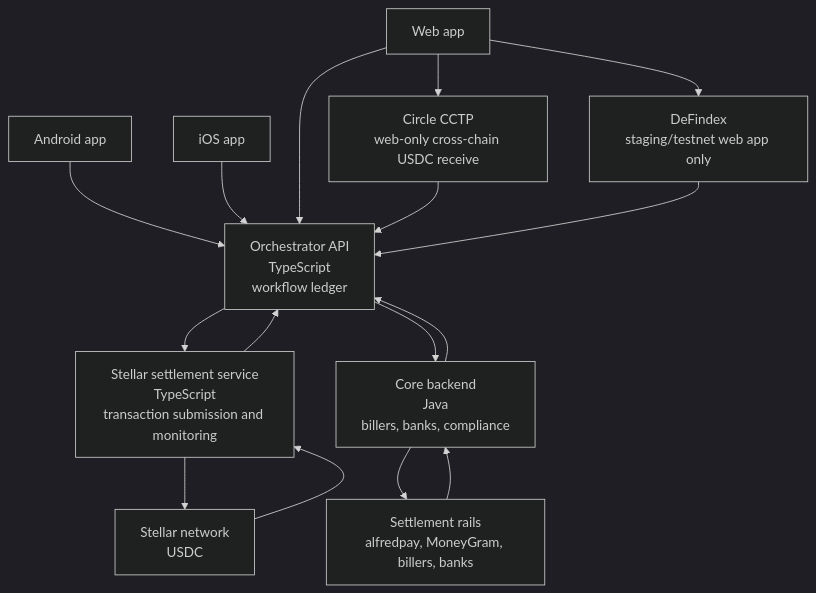
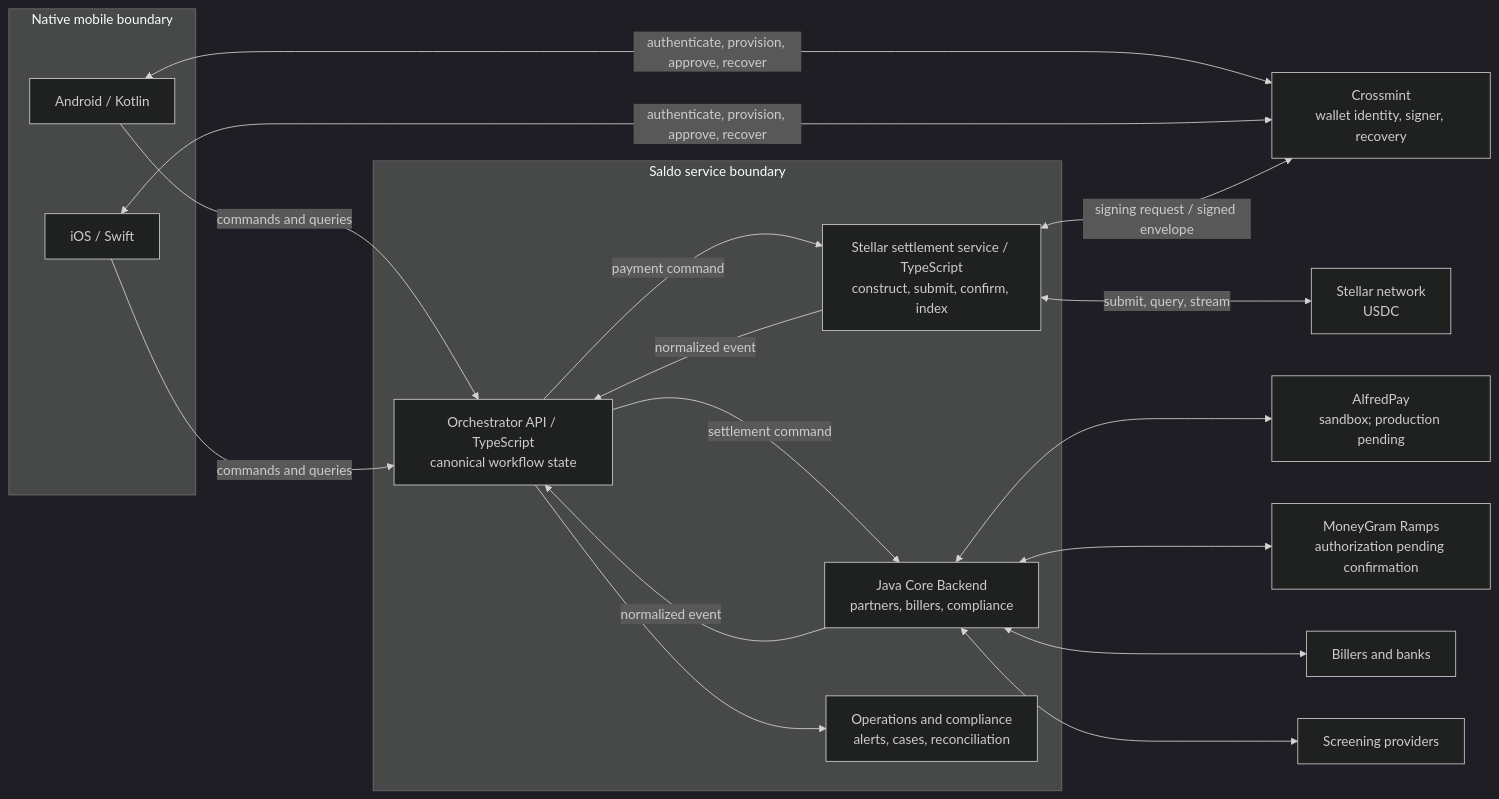
The diagram in docs/architecture.md (unfodl/saldo_architecture), drawn with Mermaid (dark theme) before and after one commit. The commit also changed other lines of this file and 16 other files, not shown here.

Commit message:
Update architecture for SCF 46 mobile integration

````diff
--- a/docs/architecture.md
+++ b/docs/architecture.md
@@ -7,30 +9,37 @@
 ```mermaid
-flowchart TD
-    android[Android app]
-    ios[iOS app]
-    web[Web app]
+flowchart LR
+    subgraph Client[Native mobile boundary]
+        Android[Android / Kotlin]
+        iOS[iOS / Swift]
+    end
 
-    orchestrator[Orchestrator API<br/>TypeScript<br/>workflow ledger]
-    stellar[Stellar settlement service<br/>TypeScript<br/>transaction submission and monitoring]
-    core[Core backend<br/>Java<br/>billers, banks, compliance]
-    rails[Settlement rails<br/>alfredpay, MoneyGram, billers, banks]
-    cctp[Circle CCTP<br/>web-only cross-chain USDC receive]
-    defindex[DeFindex<br/>staging/testnet web app only]
-    network[Stellar network<br/>USDC]
+    subgraph Saldo[Saldo service boundary]
+        Orchestrator[Orchestrator API / TypeScript<br/>canonical workflow state]
+        StellarSvc[Stellar settlement service / TypeScript<br/>construct, submit, confirm, index]
+        Core[Java Core Backend<br/>partners, billers, compliance]
+        Ops[Operations and compliance<br/>alerts, cases, reconciliation]
+    end
 
-    android --> orchestrator
-    ios --> orchestrator
-    web --> orchestrator
-    web --> cctp
-    cctp --> orchestrator
-    web --> defindex
-    defindex --> orchestrator
-    orchestrator --> stellar
-    orchestrator --> core
-    stellar --> network
-    network --> stellar
-    core --> rails
-    rails --> core
-    stellar --> orchestrator
-    core --> orchestrator
+    Crossmint[Crossmint<br/>wallet identity, signer, recovery]
+    Stellar[Stellar network<br/>USDC]
+    Alfred[AlfredPay<br/>sandbox; production pending]
+    MoneyGram[MoneyGram Ramps<br/>authorization pending confirmation]
+    Rails[Billers and banks]
+    Screening[Screening providers]
+
+    Android <-->|authenticate, provision, approve, recover| Crossmint
+    iOS <-->|authenticate, provision, approve, recover| Crossmint
+    Android -->|commands and queries| Orchestrator
+    iOS -->|commands and queries| Orchestrator
+    Orchestrator -->|payment command| StellarSvc
+    Orchestrator -->|settlement command| Core
+    StellarSvc <-->|signing request / signed envelope| Crossmint
+    StellarSvc <-->|submit, query, stream| Stellar
+    Core <--> Alfred
+    Core <--> MoneyGram
+    Core <--> Rails
+    Core <--> Screening
+    StellarSvc -->|normalized event| Orchestrator
+    Core -->|normalized event| Orchestrator
+    Orchestrator --> Ops
 ```
````
